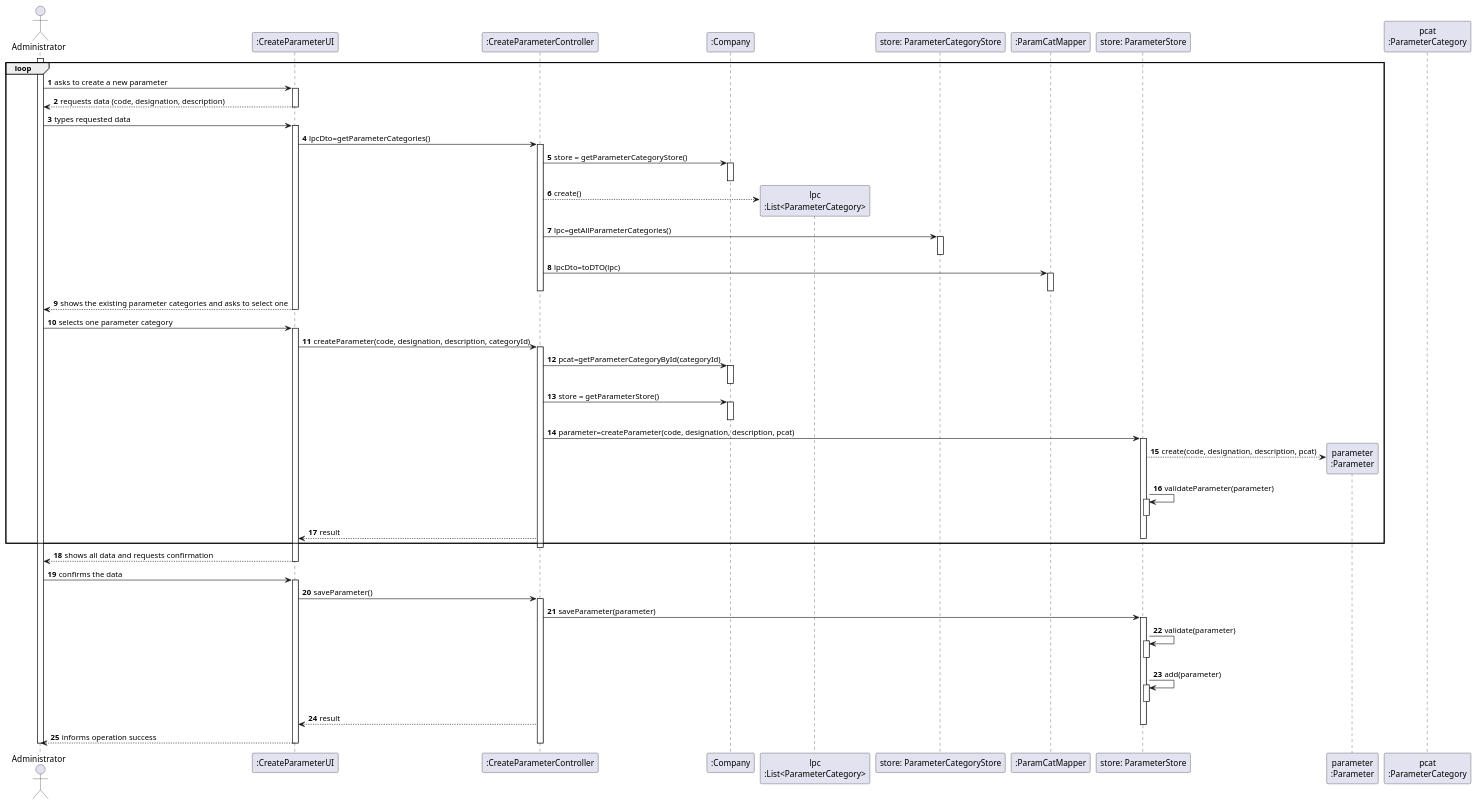
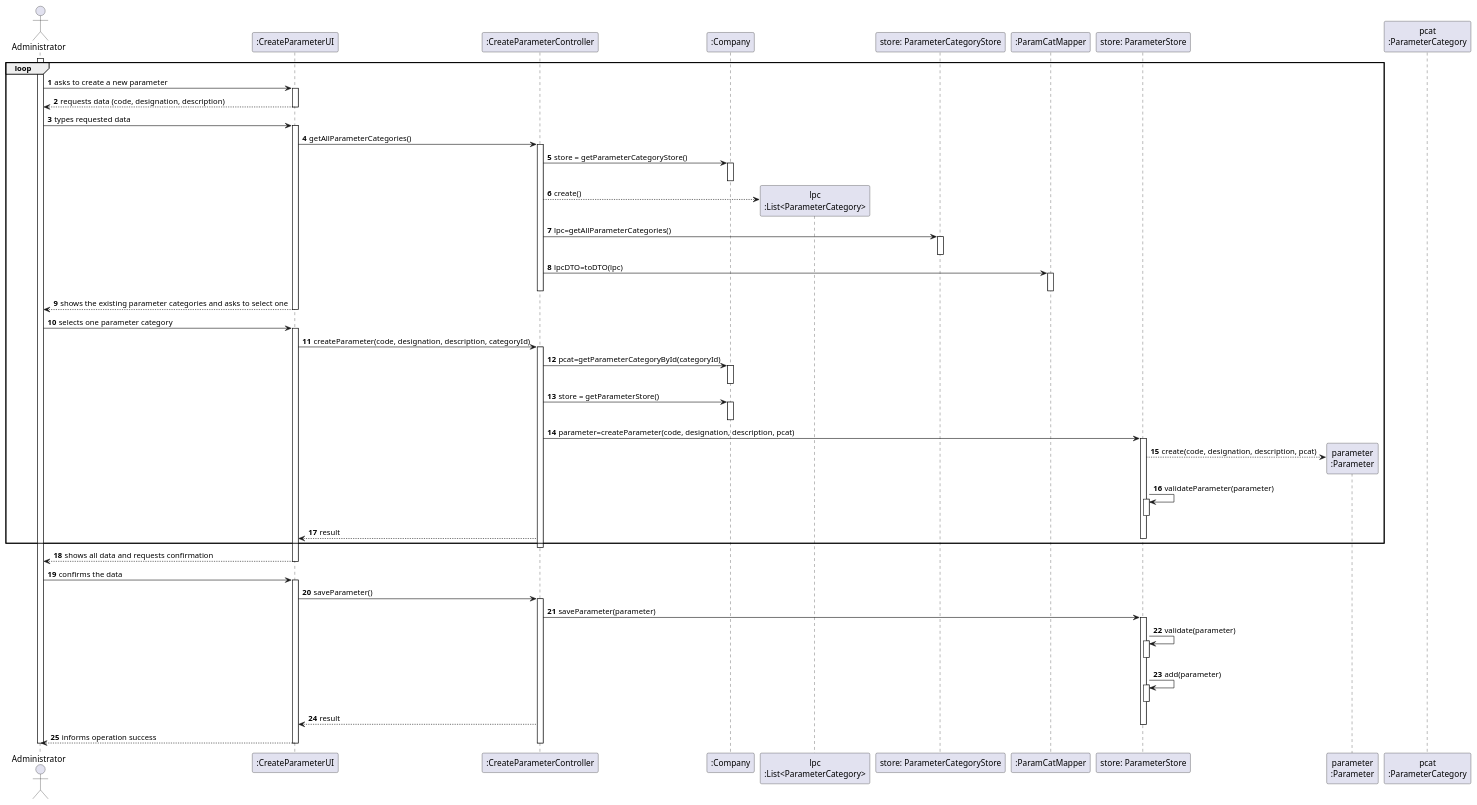
Before and after one commit to 0franciscor/lei-21-s2-1de-g19: the diagram in docs/SprintB/US10/US10-SD.puml, drawn with PlantUML. The commit also changed 2 other files, not shown here.

```diff
--- a/docs/SprintB/US10/US10-SD.puml
+++ b/docs/SprintB/US10/US10-SD.puml
@@ -1,108 +1,108 @@
 @startuml
 'https://plantuml.com/sequence-diagram
 
 autonumber
 'hide footbox
 actor "Administrator" as ADM
 
 participant ":CreateParameterUI" as CPUI
 participant ":CreateParameterController" as CPC
 participant ":Company" as COMP
 participant "lpc\n:List<ParameterCategory>" as LIST_CAT
 participant "store: ParameterCategoryStore" as PCS
 participant ":ParamCatMapper" as PCM
 participant "store: ParameterStore" as PS
 participant "parameter\n:Parameter" as PARAM
 participant "pcat\n:ParameterCategory" as CAT
 
 loop
 activate ADM
 ADM -> CPUI : asks to create a new parameter
 activate CPUI
 CPUI --> ADM : requests data (code, designation, description)
 deactivate CPUI
 
 ADM -> CPUI : types requested data
 activate CPUI
 
-CPUI -> CPC : lpcDto=getParameterCategories()
+CPUI -> CPC : getAllParameterCategories()
 activate CPC
 
 CPC -> COMP : store = getParameterCategoryStore()
 activate COMP
 deactivate COMP
 
 CPC --> LIST_CAT** : create()
 
 CPC -> PCS : lpc=getAllParameterCategories()
 activate PCS
 deactivate PCS
 
 
-CPC -> PCM : lpcDto=toDTO(lpc)
+CPC -> PCM : lpcDTO=toDTO(lpc)
 activate PCM
 deactivate PCM
 
 deactivate CPC
 
 CPUI --> ADM : shows the existing parameter categories and asks to select one
 deactivate COMP
 deactivate CPUI
 
 ADM -> CPUI : selects one parameter category
 activate CPUI
 
 CPUI -> CPC : createParameter(code, designation, description, categoryId)
 activate CPC
 
 CPC -> COMP : pcat=getParameterCategoryById(categoryId)
 activate COMP
 deactivate COMP
 
 CPC -> COMP: store = getParameterStore()
 activate COMP
 deactivate COMP
 
 CPC -> PS: parameter=createParameter(code, designation, description, pcat)
 activate PS
 
 PS --> PARAM**: create(code, designation, description, pcat)
 PS -> PS: validateParameter(parameter)
 activate PS
 deactivate PS
 
 CPC --> CPUI: result
 deactivate PS
 end
 deactivate CPC
 CPUI --> ADM: shows all data and requests confirmation
 
 
 deactivate CPUI
 
 ADM -> CPUI : confirms the data
 activate CPUI
 CPUI -> CPC : saveParameter()
 activate CPC
 
 CPC -> PS : saveParameter(parameter)
 activate PS
 
 PS -> PS: validate(parameter)
 activate PS
 deactivate PS
 PS -> PS: add(parameter)
 activate PS
 deactivate PS
 
 
 CPC --> CPUI: result
 deactivate PS
 CPUI --> ADM : informs operation success
 
 deactivate CPC
 deactivate CPUI
 
 deactivate ADM
 
 @enduml
```
